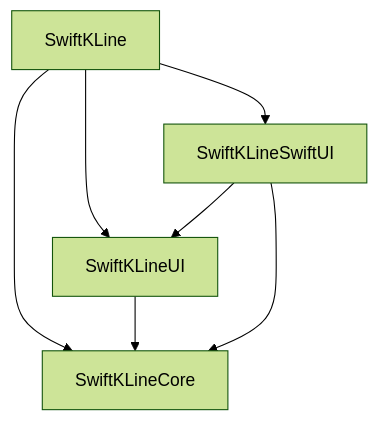
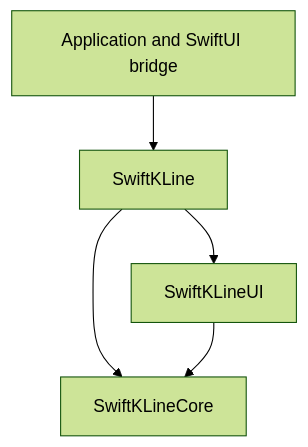
One commit to zhwayne/SwiftKLine changed the first of 3 diagrams in docs/architecture.md. Above: the diagram before and after it, drawn with Mermaid (forest theme). The commit also changed other lines of this file and 73 other files, not shown here.

First line of the commit message:
refactor(chart)!: let the application own state, preferences, and loading

````diff
--- a/docs/architecture.md
+++ b/docs/architecture.md
@@ -11,9 +11,7 @@
 ```mermaid
 flowchart TD
-    Entry[SwiftKLine] --> Core[SwiftKLineCore]
+    App[Application and SwiftUI bridge] --> Entry[SwiftKLine]
+    Entry --> Core[SwiftKLineCore]
     Entry --> UI[SwiftKLineUI]
-    Entry --> Adapter[SwiftKLineSwiftUI]
-    Adapter --> UI
-    Adapter --> Core
     UI --> Core
 ```
````
